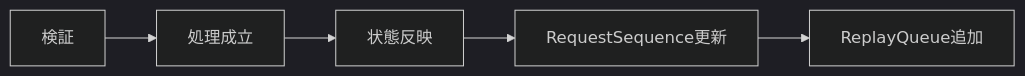
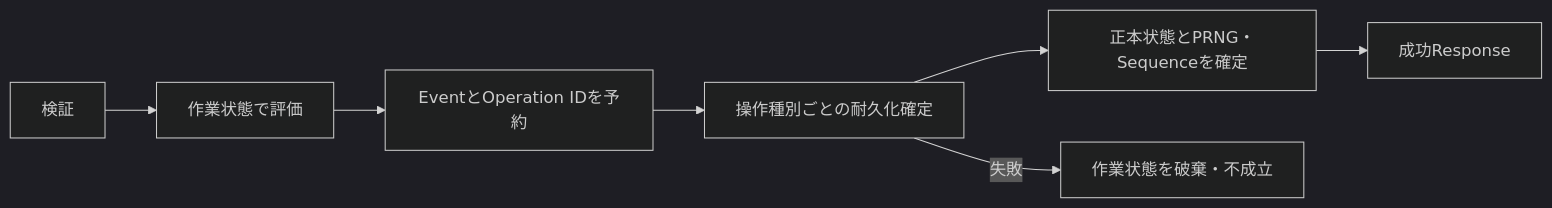
The second of 2 diagrams in design/programming/implementation_rules.md (ReHydrangeaOdyssey/Specifications), drawn with Mermaid (dark theme) before and after one commit. The commit also changed other lines of this file and 25 other files, not shown here.

````diff
--- a/design/programming/implementation_rules.md
+++ b/design/programming/implementation_rules.md
@@ -46,7 +46,9 @@
 ```mermaid
 flowchart LR
-    Validate[検証] --> Execute[処理成立]
-    Execute --> Mutate[状態反映]
-    Mutate --> Seq[RequestSequence更新]
-    Seq --> Replay[ReplayQueue追加]
+    Validate[検証] --> Evaluate[作業状態で評価]
+    Evaluate --> Reserve[EventとOperation IDを予約]
+    Reserve --> Durable[操作種別ごとの耐久化確定]
+    Durable --> Commit[正本状態とPRNG・Sequenceを確定]
+    Commit --> Response[成功Response]
+    Durable -->|失敗| Reject[作業状態を破棄・不成立]
 ```
````
